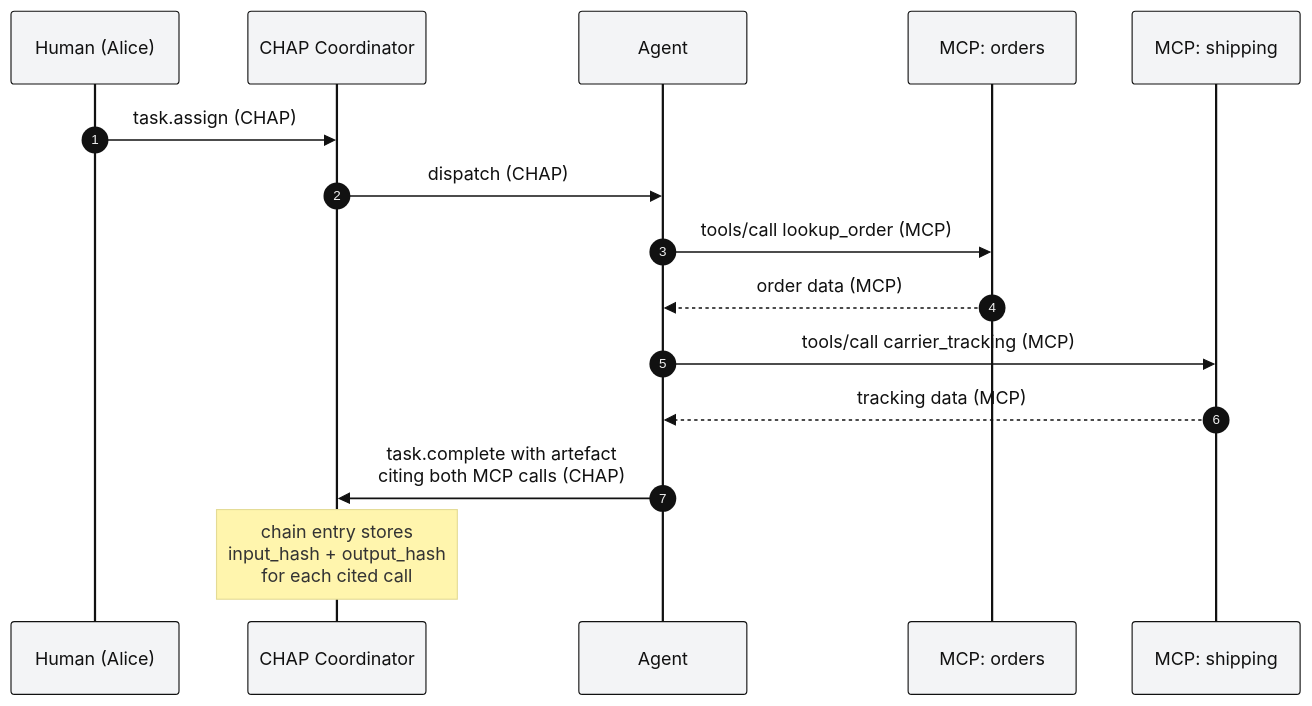
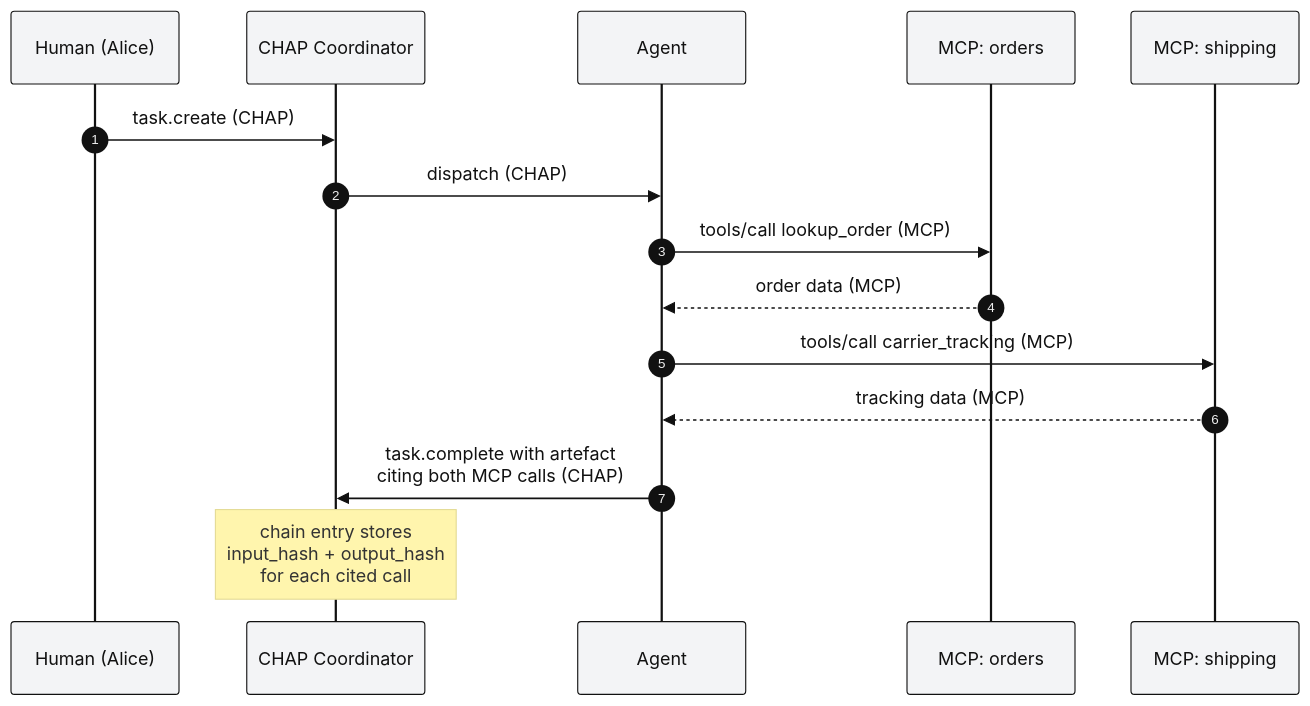
Before and after one commit to BrightbeamAI/chap: the diagram in integrations/CHAP-with-MCP.md, drawn with Mermaid. The commit also changed 22 other files, not shown here.

````diff
--- a/integrations/CHAP-with-MCP.md
+++ b/integrations/CHAP-with-MCP.md
@@ -95,32 +95,32 @@
 ```mermaid
 %%{init: {
   "theme": "base",
   "themeVariables": {
     "fontSize": "16px",
     "fontFamily": "Helvetica, Arial, sans-serif",
     "primaryColor": "#ffffff",
     "primaryTextColor": "#111111",
     "primaryBorderColor": "#111111",
     "lineColor": "#111111",
     "actorBkg": "#f3f4f6",
     "actorTextColor": "#111111",
     "actorBorder": "#111111"
   }
 }}%%
 sequenceDiagram
     autonumber
     participant H as Human (Alice)
     participant C as CHAP Coordinator
     participant A as Agent
     participant M1 as MCP: orders
     participant M2 as MCP: shipping
 
-    H->>C: task.assign (CHAP)
+    H->>C: task.create (CHAP)
     C->>A: dispatch (CHAP)
     A->>M1: tools/call lookup_order (MCP)
     M1-->>A: order data (MCP)
     A->>M2: tools/call carrier_tracking (MCP)
     M2-->>A: tracking data (MCP)
     A->>C: task.complete with artefact<br/>citing both MCP calls (CHAP)
     Note over C: chain entry stores<br/>input_hash + output_hash<br/>for each cited call
 ```
````
